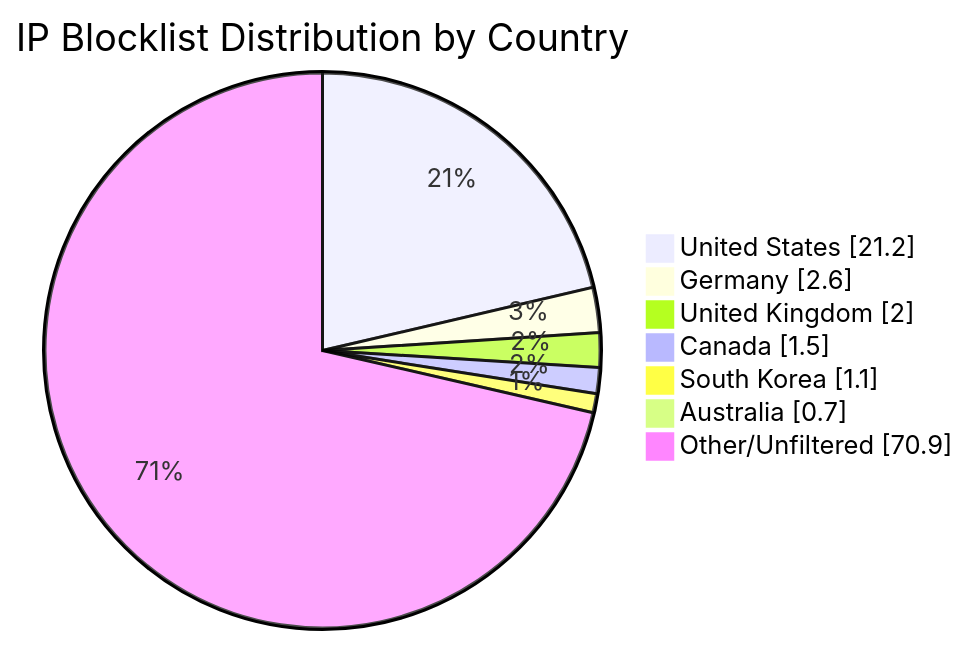
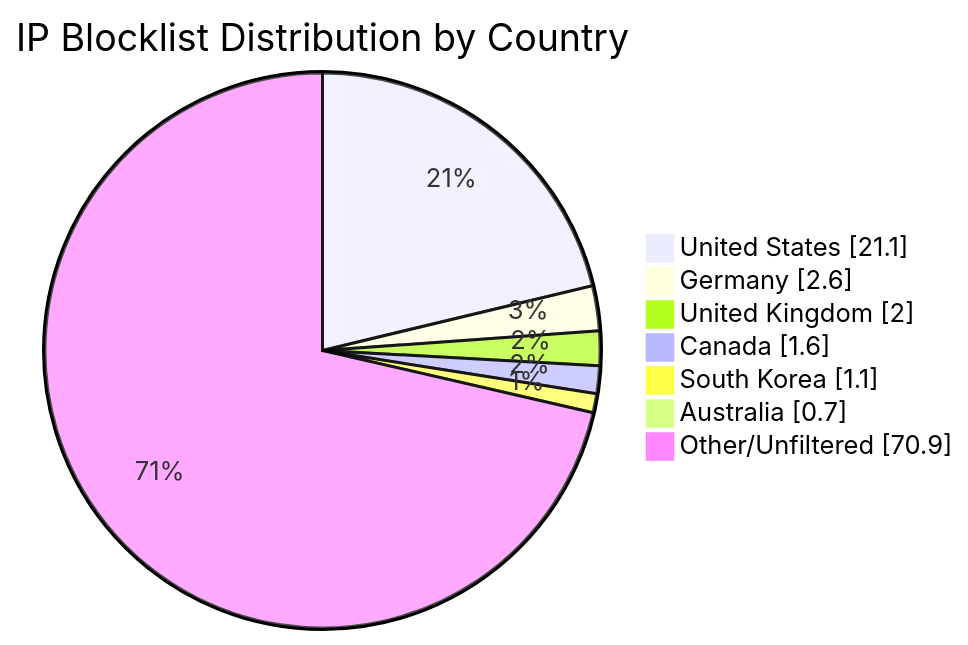
One commit to MarcusHoltz/ipblocklist-geofiltered-aggregator changed the diagram in README.md. Above: the diagram before and after it, drawn with Mermaid. The commit also changed other lines of this file and 9 other files, not shown here.

````diff
--- a/README.md
+++ b/README.md
@@ -34,10 +34,10 @@
 ```mermaid
 pie showData title IP Blocklist Distribution by Country
-"United States" : 21.2
+"United States" : 21.1
 "Germany" : 2.6
 "United Kingdom" : 2.0
-"Canada" : 1.5
+"Canada" : 1.6
 "South Korea" : 1.1
 "Australia" : 0.7
 "Other/Unfiltered" : 70.9
 ```
````
